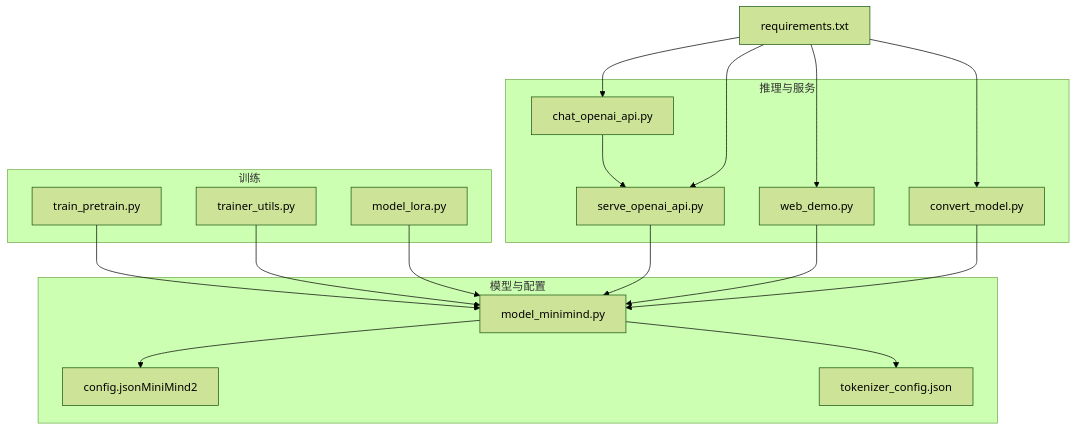
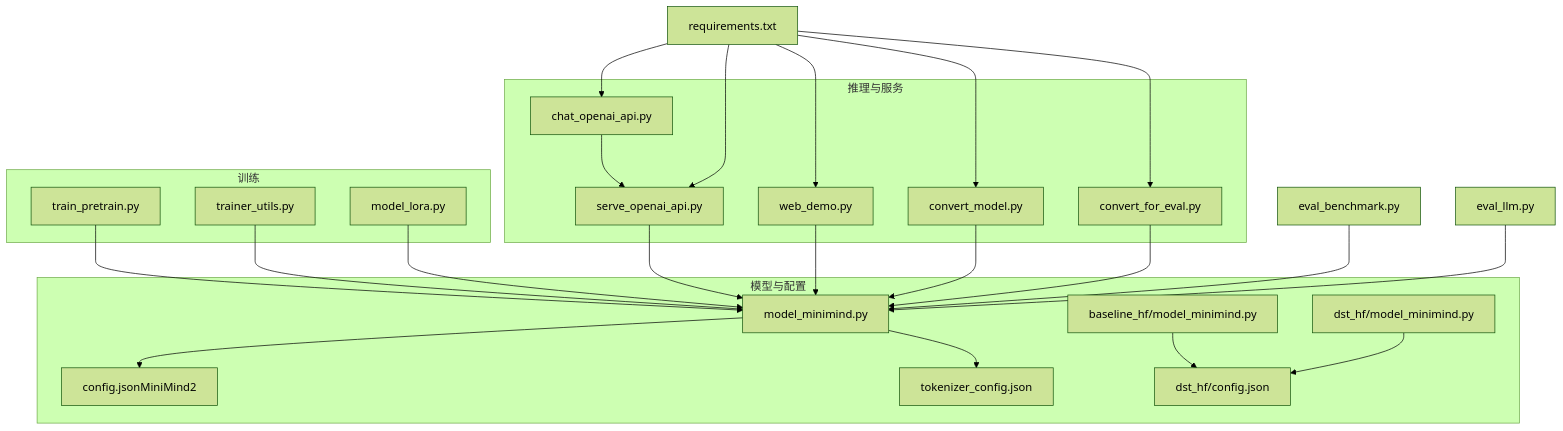
The first of 6 diagrams in .qoder/repowiki/zh/content/核心代码模块/核心代码模块.md (shiyukonghui/minimind), drawn with Mermaid (forest theme) before and after one commit. The commit also changed other lines of this file and 5 other files, not shown here.

````diff
--- a/.qoder/repowiki/zh/content/核心代码模块/核心代码模块.md
+++ b/.qoder/repowiki/zh/content/核心代码模块/核心代码模块.md
@@ -44,33 +60,45 @@
 ```mermaid
 graph TB
 subgraph "模型与配置"
 A["model_minimind.py"]
 B["config.jsonMiniMind2"]
 C["tokenizer_config.json"]
+D["baseline_hf/model_minimind.py"]
+E["dst_hf/model_minimind.py"]
+F["dst_hf/config.json"]
 end
 subgraph "训练"
-D["train_pretrain.py"]
-E["trainer_utils.py"]
-F["model_lora.py"]
+G["train_pretrain.py"]
+H["trainer_utils.py"]
+I["model_lora.py"]
 end
 subgraph "推理与服务"
-G["serve_openai_api.py"]
-H["web_demo.py"]
-I["chat_openai_api.py"]
-J["convert_model.py"]
+J["serve_openai_api.py"]
+K["web_demo.py"]
+L["chat_openai_api.py"]
+M["convert_model.py"]
+N["convert_for_eval.py"]
 end
-K["requirements.txt"]
-D --> A
-E --> A
-F --> A
+O["eval_benchmark.py"]
+P["eval_llm.py"]
+Q["requirements.txt"]
 G --> A
 H --> A
-I --> G
+I --> A
 J --> A
+K --> A
+L --> J
+M --> A
+N --> A
+O --> A
+P --> A
 A --> B
 A --> C
-K --> G
-K --> H
-K --> I
-K --> J
+D --> F
+E --> F
+Q --> J
+Q --> K
+Q --> L
+Q --> M
+Q --> N
 ```
````
